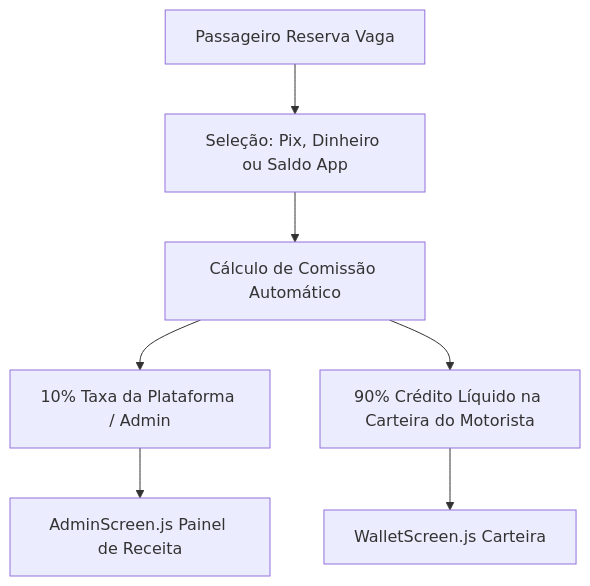
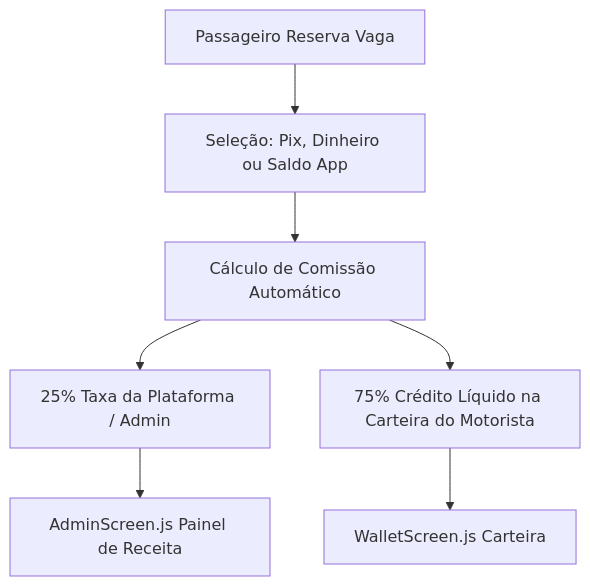
One commit to AlbertJohnson994/CaronaDaICEA changed the second of 2 diagrams in walkthrough.md. Above: the diagram before and after it, drawn with Mermaid. The commit also changed other lines of this file and 4 other files, not shown here.

Commit message:
feat: update platform commission rate to 25% (75% driver net payout)

````diff
--- a/walkthrough.md
+++ b/walkthrough.md
@@ -79,11 +79,11 @@
 ```mermaid
 graph TD
   Pass[Passageiro Reserva Vaga] --> Method[Seleção: Pix, Dinheiro ou Saldo App]
   Method --> Calc[Cálculo de Comissão Automático]
   
-  Calc --> AdminFee[10% Taxa da Plataforma / Admin]
-  Calc --> DriverNet[90% Crédito Líquido na Carteira do Motorista]
+  Calc --> AdminFee[25% Taxa da Plataforma / Admin]
+  Calc --> DriverNet[75% Crédito Líquido na Carteira do Motorista]
   
   DriverNet --> Wallet[WalletScreen.js Carteira]
   AdminFee --> AdminPanel[AdminScreen.js Painel de Receita]
 ```
````
